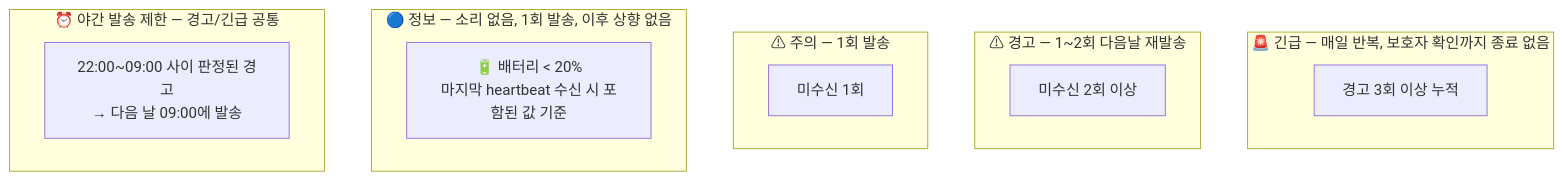
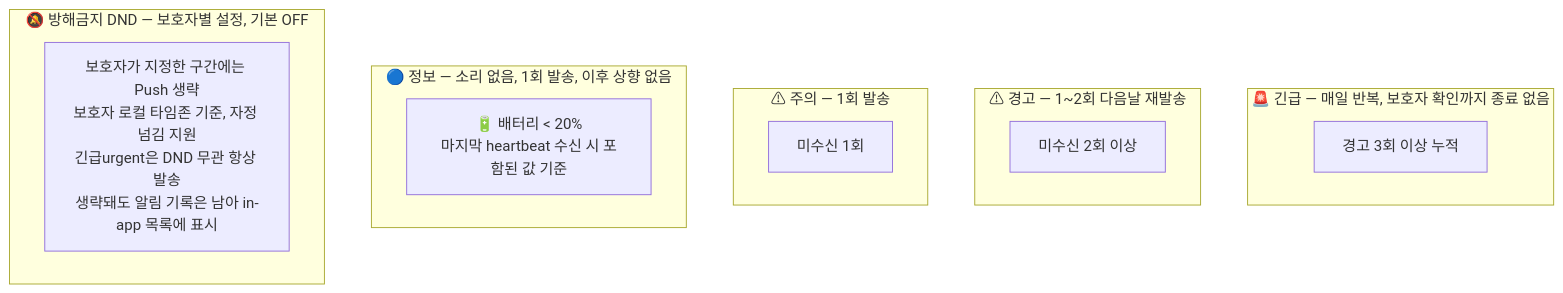
The sixth of 8 diagrams in .claude/rules/heartbeat_flowchart.md (l10s18bok/kr.co.anbucheck), drawn with Mermaid before and after one commit. The commit also changed other lines of this file and 1 other file, not shown here.

First line of the commit message:
문서: 미구현 "야간 발송 제한"을 문서에서 제거 — 야간 억제는 보호자별 DND뿐

````diff
--- a/.claude/rules/heartbeat_flowchart.md
+++ b/.claude/rules/heartbeat_flowchart.md
@@ -248,22 +240,22 @@
 ```mermaid
 flowchart TD
     subgraph 긴급등급[🚨 긴급 — 매일 반복, 보호자 확인까지 종료 없음]
         U1[경고 3회 이상 누적]
     end
 
     subgraph 경고등급[⚠ 경고 — 1~2회 다음날 재발송]
         W1[미수신 2회 이상]
     end
 
     subgraph 주의등급[⚠ 주의 — 1회 발송]
         C1[미수신 1회]
     end
 
     subgraph 정보등급[🔵 정보 — 소리 없음, 1회 발송, 이후 상향 없음]
         I1[🔋 배터리 < 20%<br/>마지막 heartbeat 수신 시 포함된 값 기준]
     end
 
-    subgraph 야간발송제한[⏰ 야간 발송 제한 — 경고/긴급 공통]
-        N1[22:00~09:00 사이 판정된 경고<br/>→ 다음 날 09:00에 발송]
+    subgraph 방해금지[🔕 방해금지 DND — 보호자별 설정, 기본 OFF]
+        N1[보호자가 지정한 구간에는 Push 생략<br/>보호자 로컬 타임존 기준, 자정 넘김 지원<br/>긴급urgent은 DND 무관 항상 발송<br/>생략돼도 알림 기록은 남아 in-app 목록에 표시]
     end
 ```
````
